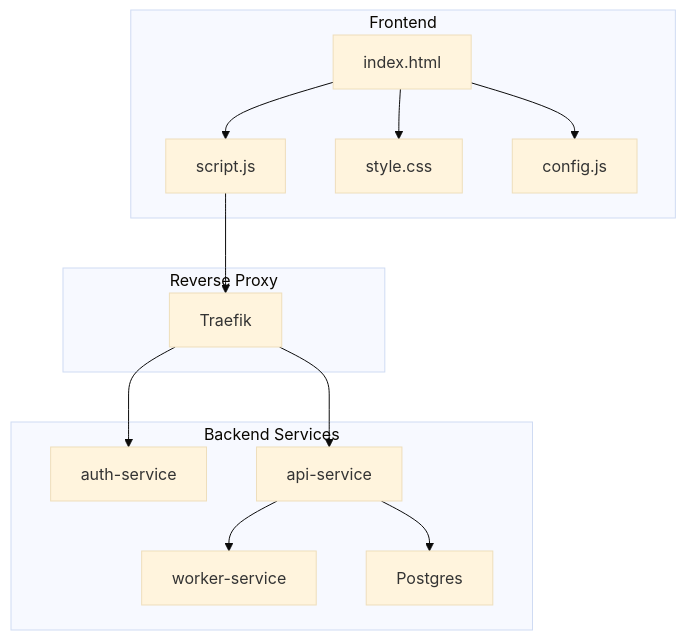
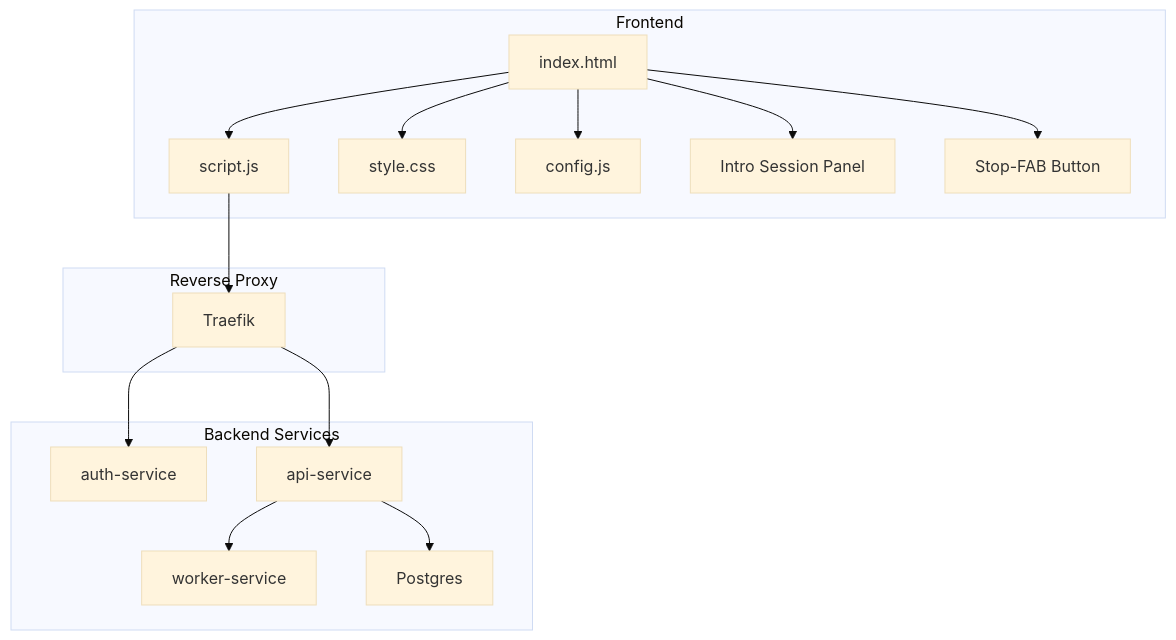
One commit to ikramhh/signvue-project changed the first of 9 diagrams in .qoder/repowiki/en/content/Frontend Application.md. Above: the diagram before and after it, drawn with Mermaid (base theme). The commit also changed other lines of this file and 3 other files, not shown here.

````diff
--- a/.qoder/repowiki/en/content/Frontend Application.md
+++ b/.qoder/repowiki/en/content/Frontend Application.md
@@ -38,26 +48,30 @@
 ```mermaid
 graph TB
 subgraph "Frontend"
 HTML["index.html"]
 JS["script.js"]
 CSS["style.css"]
 CFG["config.js"]
+INTRO["Intro Session Panel"]
+STOPFAB["Stop-FAB Button"]
 end
 subgraph "Reverse Proxy"
 TRAEFIK["Traefik"]
 end
 subgraph "Backend Services"
 AUTH["auth-service"]
 API["api-service"]
 WORKER["worker-service"]
 PG["Postgres"]
 end
 HTML --> JS
 HTML --> CSS
 HTML --> CFG
+HTML --> INTRO
+HTML --> STOPFAB
 JS --> TRAEFIK
 TRAEFIK --> AUTH
 TRAEFIK --> API
 API --> PG
 API --> WORKER
 ```
````
